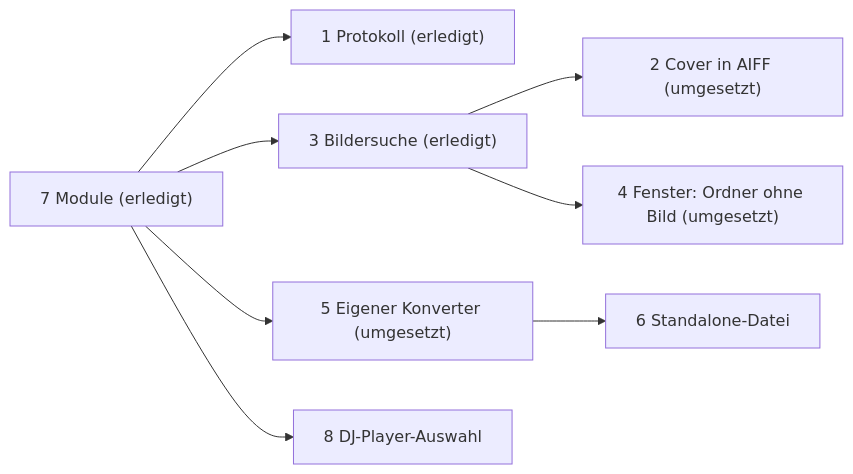
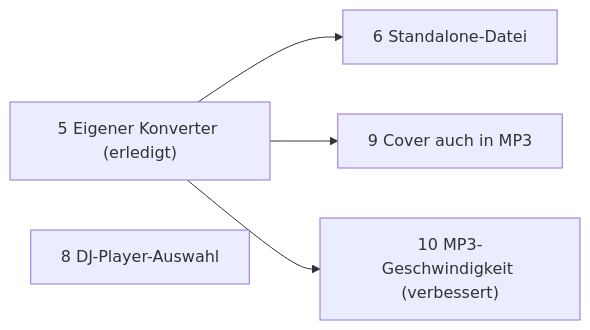
Before and after one commit to Senci/audio-konverter: the diagram in wiki/offen.md, drawn with Mermaid. The commit also changed other lines of this file and 41 other files, not shown here.

````diff
--- a/wiki/offen.md
+++ b/wiki/offen.md
@@ -3,10 +3,7 @@
 ```mermaid
 flowchart LR
-    M["7 Module (erledigt)"] --> P["1 Protokoll (erledigt)"]
-    M --> B["3 Bildersuche (erledigt)"]
-    M --> K["5 Eigener Konverter (umgesetzt)"]
-    M --> D["8 DJ-Player-Auswahl"]
-    B --> C["2 Cover in AIFF (umgesetzt)"]
-    B --> N["4 Fenster: Ordner ohne Bild (umgesetzt)"]
-    K --> S["6 Standalone-Datei"]
+    K["5 Eigener Konverter (erledigt)"] --> S["6 Standalone-Datei"]
+    K --> Q["9 Cover auch in MP3"]
+    K --> R["10 MP3-Geschwindigkeit (verbessert)"]
+    D["8 DJ-Player-Auswahl"]
 ```
````
